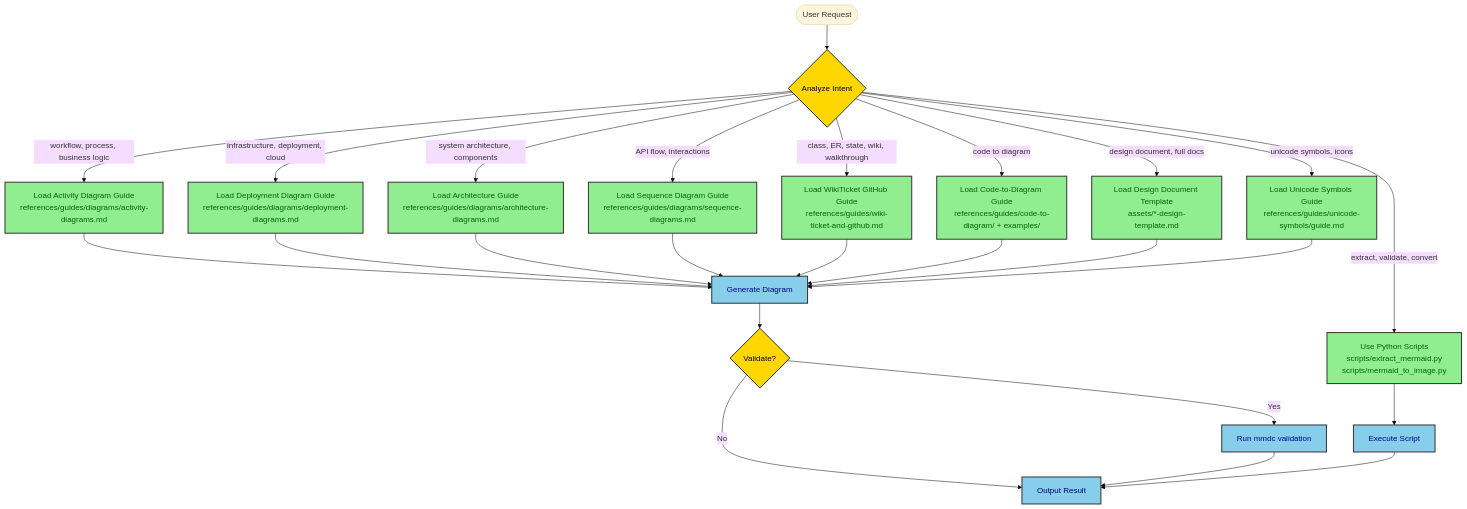
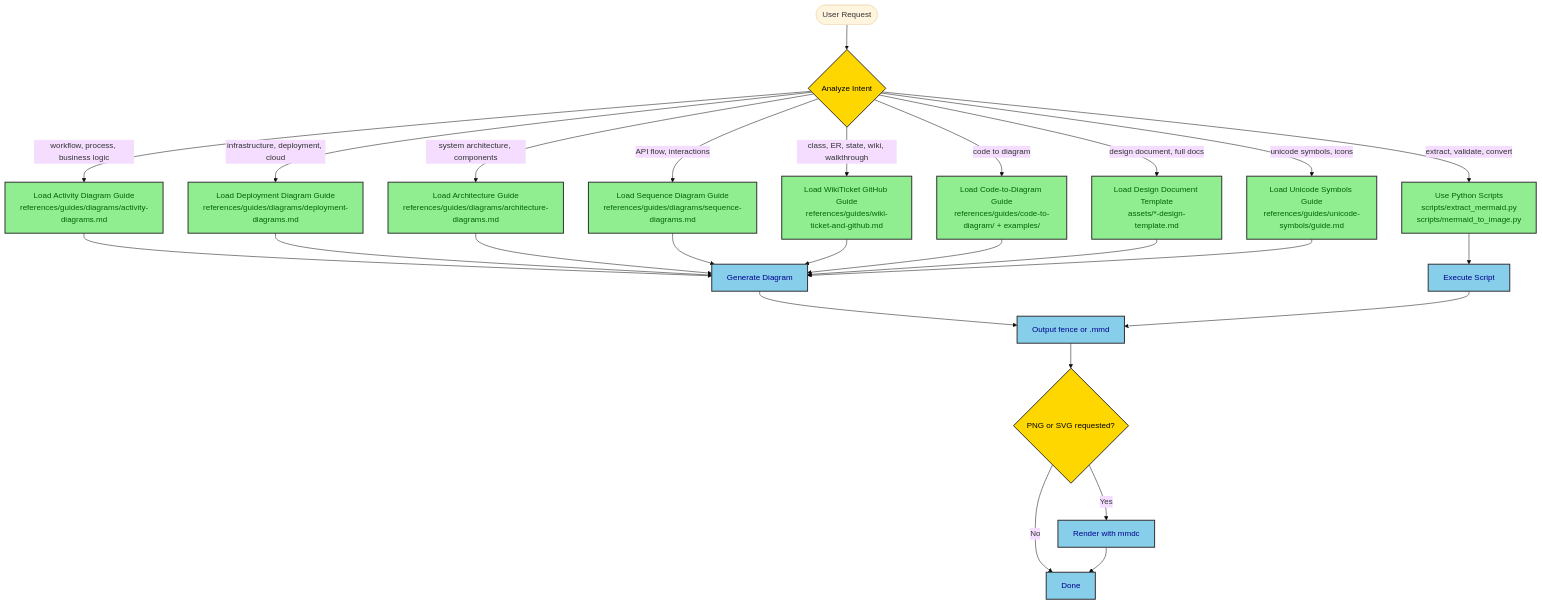
One commit to wuhonglei/chat-agent changed the first of 6 diagrams in backend/skills/public/design-doc-mermaid/SKILL.md. Above: the diagram before and after it, drawn with Mermaid (base theme). The commit also changed other lines of this file and 1 other file, not shown here.

Commit message:
feat: 更新 Mermaid 文档，调整图表生成和导出逻辑，仅在请求时生成 PNG/SVG

````diff
--- a/backend/skills/public/design-doc-mermaid/SKILL.md
+++ b/backend/skills/public/design-doc-mermaid/SKILL.md
@@ -38,38 +38,39 @@
 ```mermaid
 flowchart TD
     Start([User Request]) --> Analyze{Analyze Intent}
 
     Analyze -->|"workflow, process, business logic"| Activity[Load Activity Diagram Guide<br/>references/guides/diagrams/activity-diagrams.md]
     Analyze -->|"infrastructure, deployment, cloud"| Deploy[Load Deployment Diagram Guide<br/>references/guides/diagrams/deployment-diagrams.md]
     Analyze -->|"system architecture, components"| Arch[Load Architecture Guide<br/>references/guides/diagrams/architecture-diagrams.md]
     Analyze -->|"API flow, interactions"| Sequence[Load Sequence Diagram Guide<br/>references/guides/diagrams/sequence-diagrams.md]
     Analyze -->|"class, ER, state, wiki, walkthrough"| WikiGuide[Load WikiTicket GitHub Guide<br/>references/guides/wiki-ticket-and-github.md]
     Analyze -->|"code to diagram"| CodeToDiag[Load Code-to-Diagram Guide<br/>references/guides/code-to-diagram/ + examples/]
     Analyze -->|"design document, full docs"| DesignDoc[Load Design Document Template<br/>assets/*-design-template.md]
     Analyze -->|"unicode symbols, icons"| Unicode[Load Unicode Symbols Guide<br/>references/guides/unicode-symbols/guide.md]
     Analyze -->|"extract, validate, convert"| Scripts[Use Python Scripts<br/>scripts/extract_mermaid.py<br/>scripts/mermaid_to_image.py]
 
     Activity --> Generate[Generate Diagram]
     Deploy --> Generate
     Arch --> Generate
     Sequence --> Generate
     WikiGuide --> Generate
     CodeToDiag --> Generate
     DesignDoc --> Generate
     Unicode --> Generate
     Scripts --> Execute[Execute Script]
 
-    Generate --> Validate{Validate?}
-    Validate -->|Yes| RunValidation[Run mmdc validation]
-    Validate -->|No| Output
-    RunValidation --> Output[Output Result]
+    Generate --> Output[Output fence or .mmd]
+    Output --> Image{PNG or SVG requested?}
+    Image -->|Yes| Render[Render with mmdc]
+    Image -->|No| Done[Done]
+    Render --> Done
     Execute --> Output
 
     classDef decision fill:#FFD700,stroke:#333,stroke-width:2px,color:black
     classDef guide fill:#90EE90,stroke:#333,stroke-width:2px,color:darkgreen
     classDef action fill:#87CEEB,stroke:#333,stroke-width:2px,color:darkblue
 
-    class Analyze,Validate decision
+    class Analyze,Image decision
     class Activity,Deploy,Arch,Sequence,WikiGuide,CodeToDiag,DesignDoc,Unicode,Scripts guide
-    class Generate,Execute,RunValidation,Output action
+    class Generate,Execute,Output,Render,Done action
 ```
````
